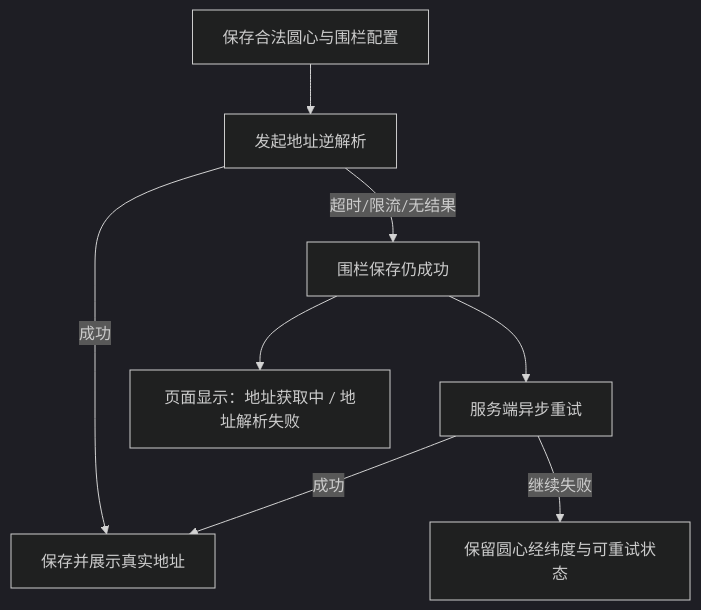
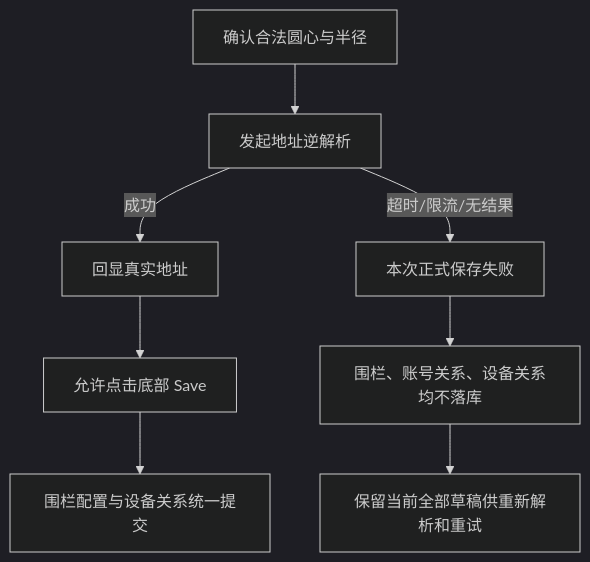
The third of 9 diagrams in docs/manuals/革泰/逻辑大纲/革泰 APP 地理围栏逻辑点梳理 plan.md (CuMgNa/skills), drawn with Mermaid (dark theme) before and after one commit. The commit also changed other lines of this file and 21 other files, not shown here.

````diff
--- a/docs/manuals/革泰/逻辑大纲/革泰 APP 地理围栏逻辑点梳理 plan.md
+++ b/docs/manuals/革泰/逻辑大纲/革泰 APP 地理围栏逻辑点梳理 plan.md
@@ -212,10 +217,10 @@
 ```mermaid
 flowchart TD
-    A["保存合法圆心与围栏配置"] --> B["发起地址逆解析"]
-    B -->|"成功"| C["保存并展示真实地址"]
-    B -->|"超时/限流/无结果"| D["围栏保存仍成功"]
-    D --> E["页面显示：地址获取中 / 地址解析失败"]
-    D --> F["服务端异步重试"]
-    F -->|"成功"| C
-    F -->|"继续失败"| G["保留圆心经纬度与可重试状态"]
+    A["确认合法圆心与半径"] --> B["发起地址逆解析"]
+    B -->|"成功"| C["回显真实地址"]
+    C --> D["允许点击底部 Save"]
+    D --> E["围栏配置与设备关系统一提交"]
+    B -->|"超时/限流/无结果"| F["本次正式保存失败"]
+    F --> G["围栏、账号关系、设备关系均不落库"]
+    G --> H["保留当前全部草稿供重新解析和重试"]
 ```
````
